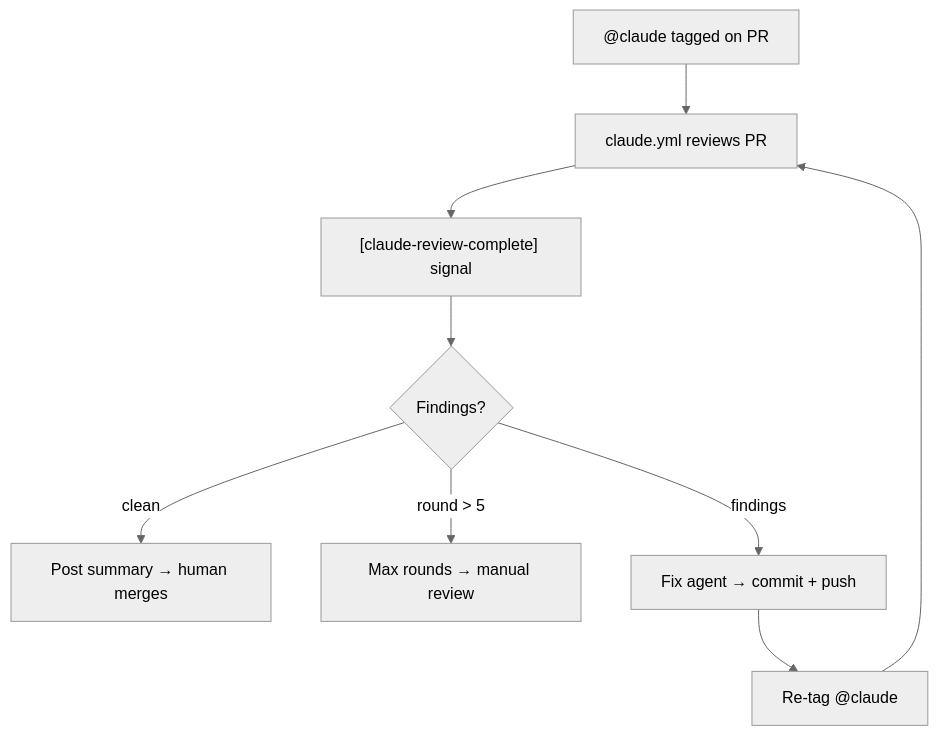
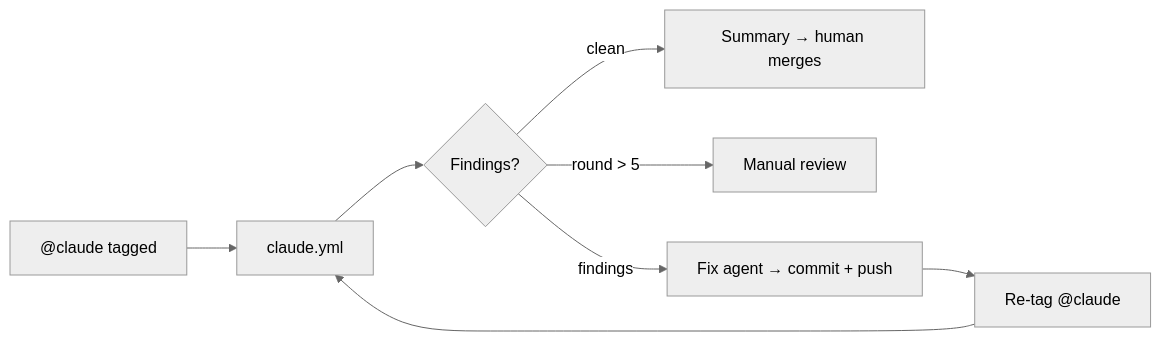
One commit to ilsantino/iago-os changed the third of 3 diagrams in README.md. Above: the diagram before and after it, drawn with Mermaid (neutral theme). The commit also changed other lines of this file, not shown here.

First line of the commit message:
docs(readme): reframe as v2 multi-agent OS (#70)

````diff
--- a/README.md
+++ b/README.md
@@ -158,11 +202,10 @@
 ```mermaid
-flowchart TD
-    Tag["@claude tagged on PR"] --> CY["claude.yml reviews PR"]
-    CY --> Signal["[claude-review-complete] signal"]
-    Signal --> Check{"Findings?"}
-    Check -->|clean| Sum["Post summary → human merges"]
-    Check -->|round > 5| Max["Max rounds → manual review"]
-    Check -->|findings| FA["Fix agent → commit + push"]
-    FA --> Retag["Re-tag @claude"]
+flowchart LR
+    Tag["@claude tagged"] --> CY[claude.yml]
+    CY --> Check{Findings?}
+    Check -->|clean| Sum[Summary → human merges]
+    Check -->|round > 5| Max[Manual review]
+    Check -->|findings| FA[Fix agent → commit + push]
+    FA --> Retag[Re-tag @claude]
     Retag --> CY
 ```
````
